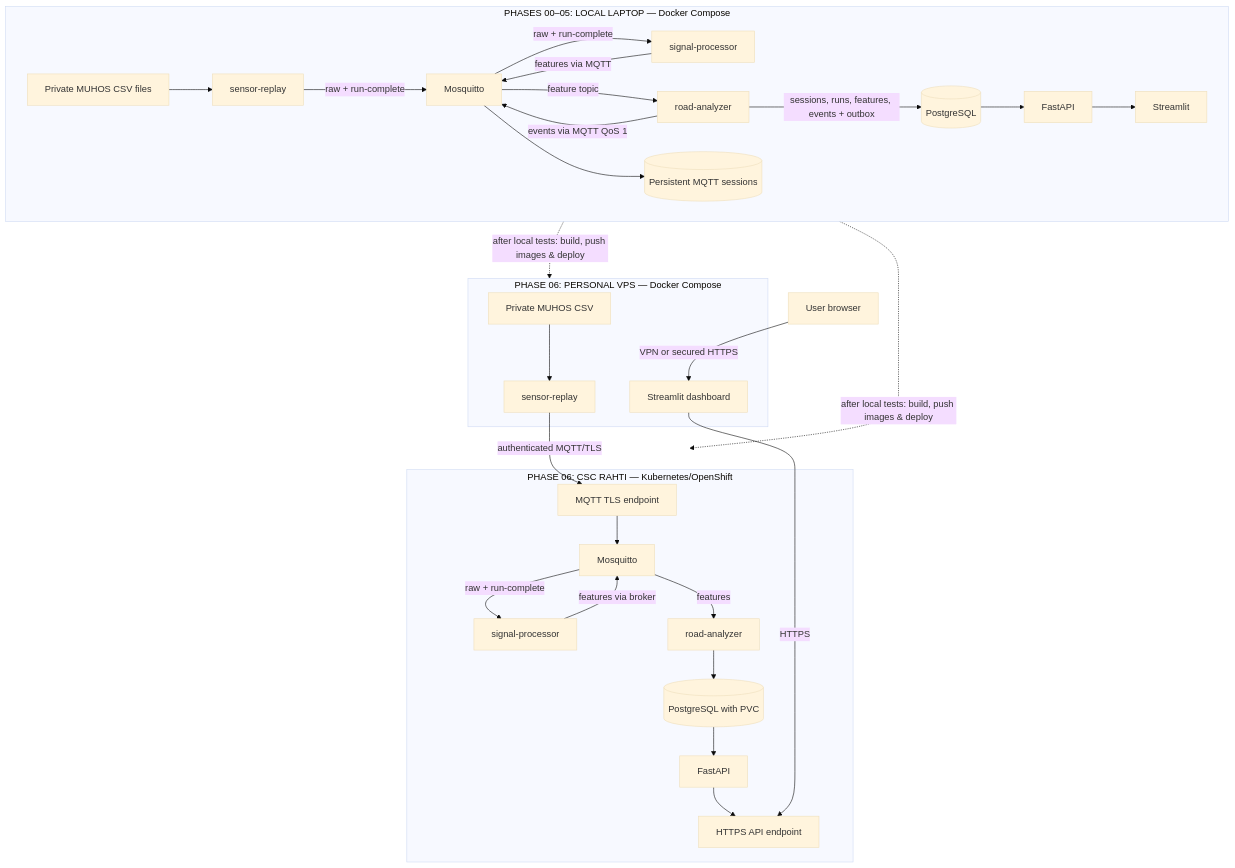
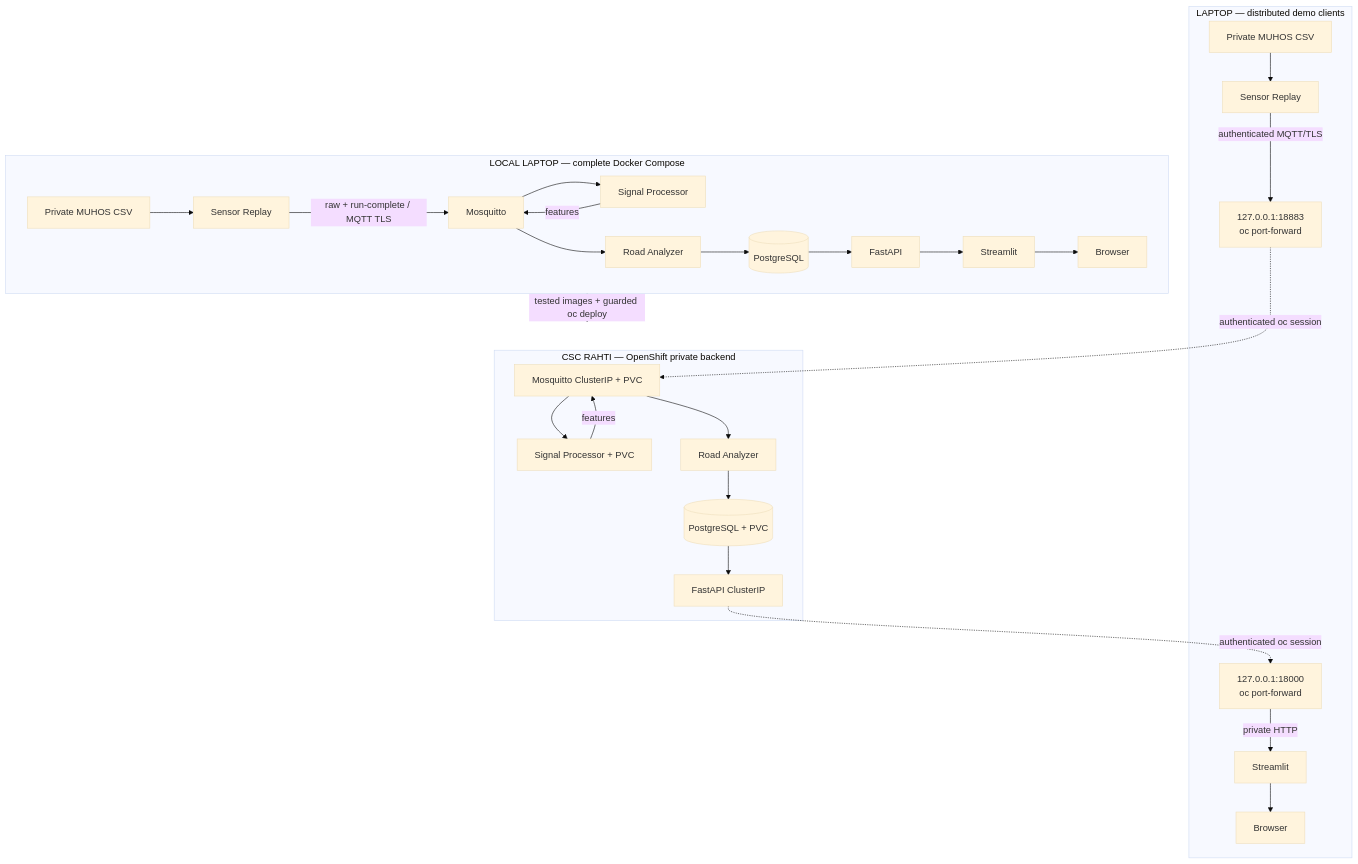
Before and after one commit to Aliz-f/road-sense: the diagram in architecture/road-sense.mmd, drawn with Mermaid (base theme). The commit also changed 37 other files, not shown here.

Commit message:
chore(phase06): target laptop and private Rahti

```diff
--- a/architecture/road-sense.mmd
+++ b/architecture/road-sense.mmd
@@ -1,48 +1,31 @@
 flowchart TB
-  subgraph LAPTOP["PHASES 00–05: LOCAL LAPTOP — Docker Compose"]
-    LD["Private MUHOS CSV files"]
-    LF["sensor-replay"]
-    LM["Mosquitto"]
-    LMQ[("Persistent MQTT sessions")]
-    LP["signal-processor"]
-    LA["road-analyzer"]
-    LDB[("PostgreSQL")]
-    LAPI["FastAPI"]
-    LUI["Streamlit"]
-    LD --> LF
-    LF -->|"raw + run-complete"| LM
-    LM -->|"raw + run-complete"| LP
-    LP -->|"features via MQTT"| LM
-    LM -->|"feature topic"| LA
-    LM --> LMQ
-    LA -->|"events via MQTT QoS 1"| LM
-    LA -->|"sessions, runs, features, events + outbox"| LDB
-    LDB --> LAPI --> LUI
+  subgraph LAPTOP_LOCAL["LOCAL LAPTOP — complete Docker Compose"]
+    LD["Private MUHOS CSV"] --> LF["Sensor Replay"]
+    LF -->|"raw + run-complete / MQTT TLS"| LM["Mosquitto"]
+    LM --> LP["Signal Processor"]
+    LP -->|"features"| LM
+    LM --> LA["Road Analyzer"]
+    LA --> LDB[("PostgreSQL")]
+    LDB --> LAPI["FastAPI"] --> LUI["Streamlit"] --> LB["Browser"]
   end
 
-  subgraph VPS["PHASE 06: PERSONAL VPS — Docker Compose"]
-    VD["Private MUHOS CSV"]
-    VF["sensor-replay"]
-    VUI["Streamlit dashboard"]
-    VD --> VF
-  end
-  subgraph RAHTI["PHASE 06: CSC RAHTI — Kubernetes/OpenShift"]
-    RMT["MQTT TLS endpoint"]
-    RM["Mosquitto"]
-    RP["signal-processor"]
-    RA["road-analyzer"]
-    RDB[("PostgreSQL with PVC")]
-    RAPI["FastAPI"]
-    RHT["HTTPS API endpoint"]
-    RMT --> RM
-    RM -->|"raw + run-complete"| RP
-    RP -->|"features via broker"| RM
-    RM -->|"features"| RA
-    RA --> RDB --> RAPI --> RHT
+  subgraph LAPTOP_DEMO["LAPTOP — distributed demo clients"]
+    DD["Private MUHOS CSV"] --> DF["Sensor Replay"]
+    DUI["Streamlit"] --> DB["Browser"]
+    MF["127.0.0.1:18883\noc port-forward"]
+    AF["127.0.0.1:18000\noc port-forward"]
+    DF -->|"authenticated MQTT/TLS"| MF
+    AF -->|"private HTTP"| DUI
   end
 
-  LAPTOP -.->|"after local tests: build, push images & deploy"| VPS
-  LAPTOP -.->|"after local tests: build, push images & deploy"| RAHTI
-  VF -->|"authenticated MQTT/TLS"| RMT
-  VUI -->|"HTTPS"| RHT
-  USER["User browser"] -->|"VPN or secured HTTPS"| VUI
+  subgraph RAHTI["CSC RAHTI — OpenShift private backend"]
+    RM["Mosquitto ClusterIP + PVC"] --> RP["Signal Processor + PVC"]
+    RP -->|"features"| RM
+    RM --> RA["Road Analyzer"]
+    RA --> RDB[("PostgreSQL + PVC")]
+    RDB --> RAPI["FastAPI ClusterIP"]
+  end
+
+  MF -.->|"authenticated oc session"| RM
+  RAPI -.->|"authenticated oc session"| AF
+  LAPTOP_LOCAL -.->|"tested images + guarded oc deploy"| RAHTI
```
